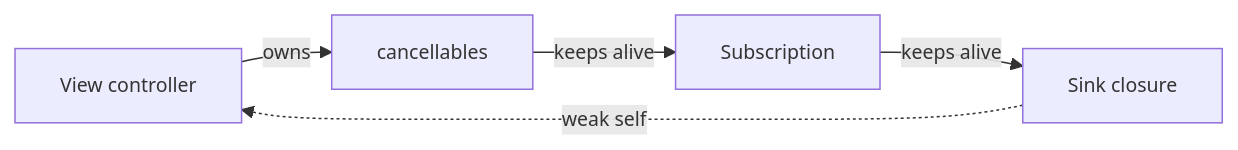
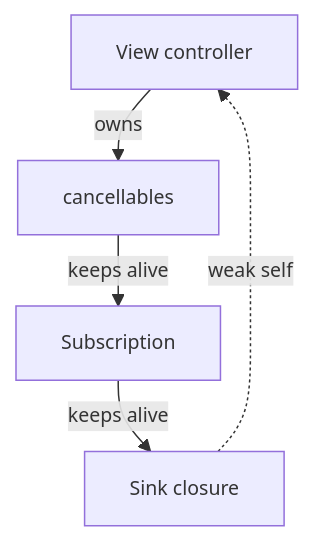
The second of 4 diagrams in content/LINE-Internship.md (riceset/quartz), drawn with Mermaid before and after one commit. The commit also changed other lines of this file and 1 other file, not shown here.

Commit message:
Improve Mermaid diagrams on mobile

````diff
--- a/content/LINE-Internship.md
+++ b/content/LINE-Internship.md
@@ -467,8 +467,8 @@
 ```mermaid
 %%{init: {"flowchart": {"nodeSpacing": 20, "rankSpacing": 28}, "themeVariables": {"fontSize": "13px"}}}%%
-flowchart LR
+flowchart TB
     VC["View controller"] -->|owns| C["cancellables"]
     C -->|keeps alive| S["Subscription"]
     S -->|keeps alive| CL["Sink closure"]
     CL -. weak self .-> VC
 ```
````
